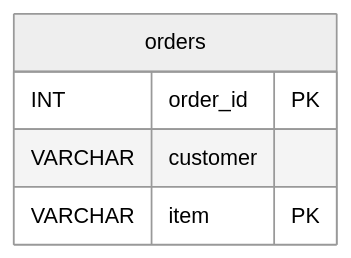
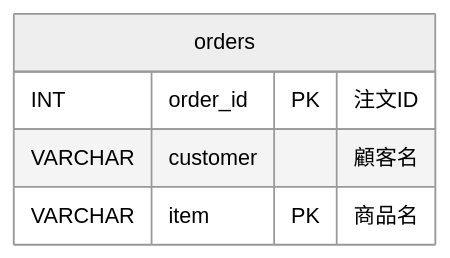
Before and after one commit to tanaka-yui/learning: the first of 5 diagrams in 05_database/01/docs/normalization.md, drawn with Mermaid (neutral theme). The commit also changed other lines of this file, not shown here.

Commit message:
docs(database): replace SQL with table definitions and ER diagrams, add Japanese column names

````diff
--- a/05_database/01/docs/normalization.md
+++ b/05_database/01/docs/normalization.md
@@ -99,8 +77,8 @@
 ```mermaid
 erDiagram
     orders {
-        INT order_id PK
-        VARCHAR customer
-        VARCHAR item PK
+        INT order_id PK "注文ID"
+        VARCHAR customer "顧客名"
+        VARCHAR item PK "商品名"
     }
 ```
````
